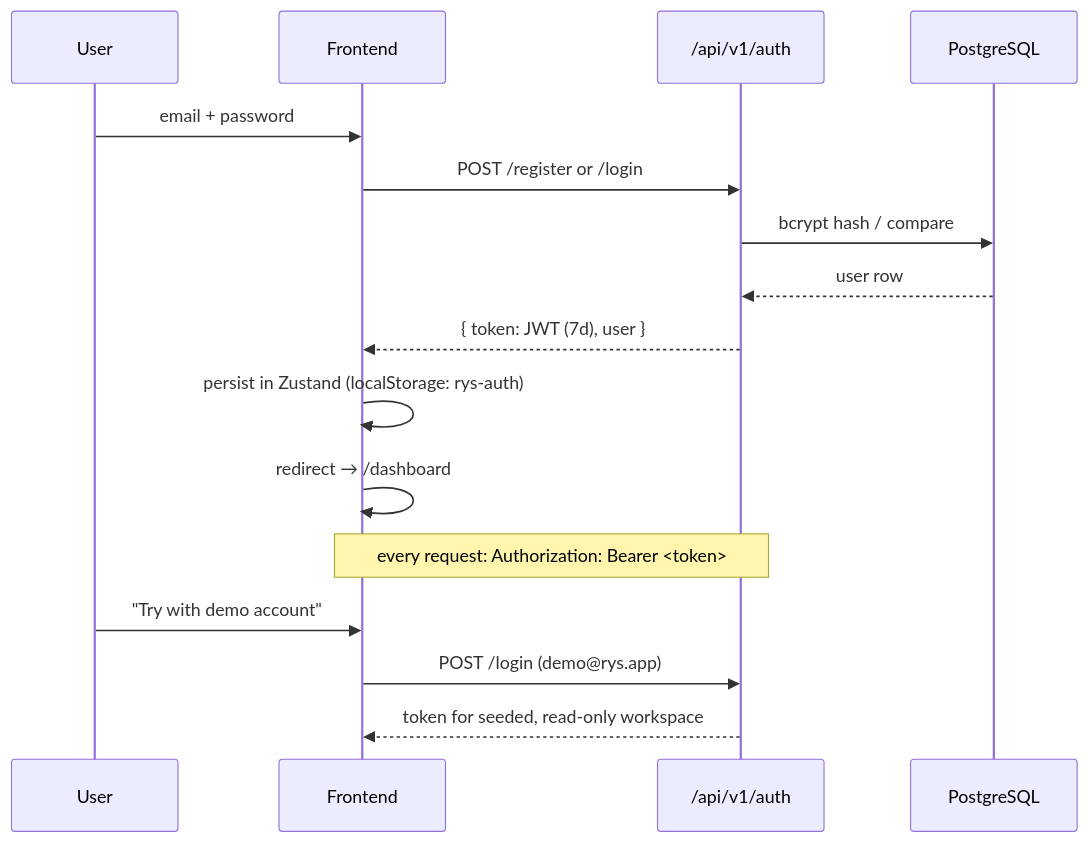
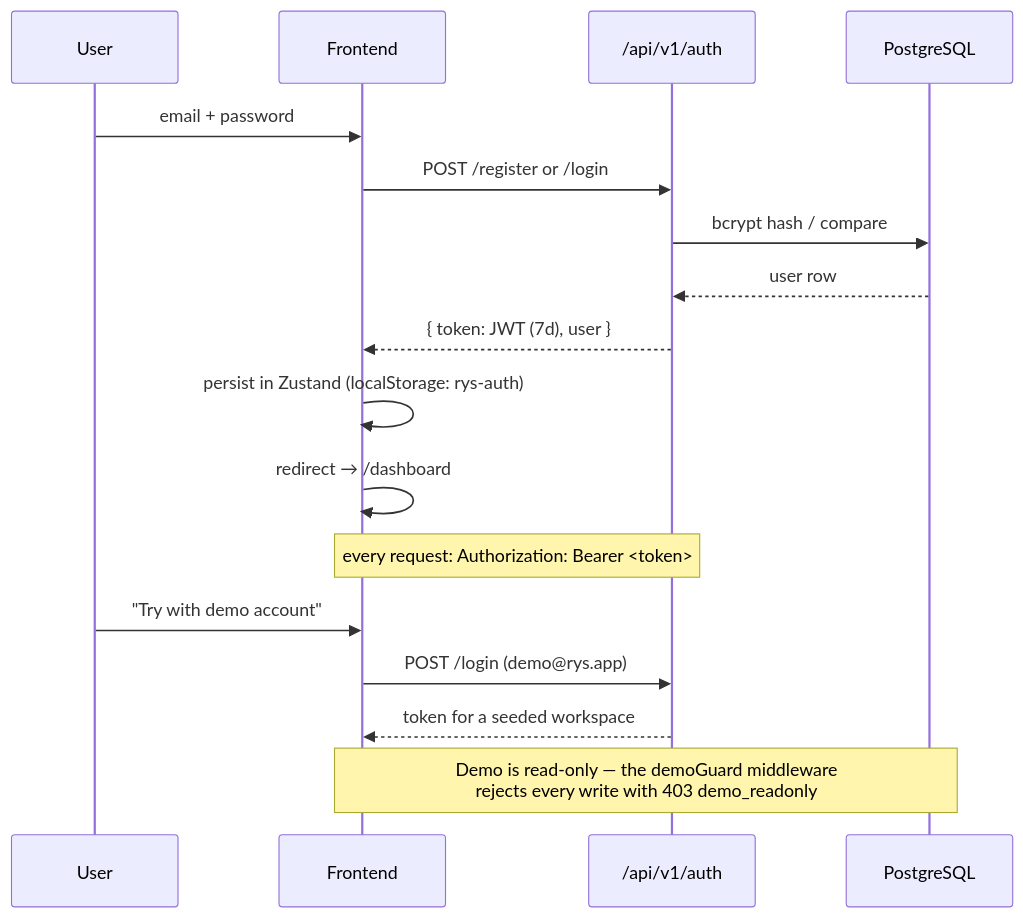
Before and after one commit to me-adityaraj8/career-os: the fourth of 8 diagrams in README.md, drawn with Mermaid. The commit also changed other lines of this file, not shown here.

Commit message:
Correct README inaccuracies in auth diagram, ER cardinality, and endpoint count

````diff
--- a/README.md
+++ b/README.md
@@ -335,21 +335,22 @@
 ```mermaid
 sequenceDiagram
     participant U as User
     participant F as Frontend
     participant A as /api/v1/auth
     participant DB as PostgreSQL
 
     U->>F: email + password
     F->>A: POST /register or /login
     A->>DB: bcrypt hash / compare
     DB-->>A: user row
     A-->>F: { token: JWT (7d), user }
     F->>F: persist in Zustand (localStorage: rys-auth)
     F->>F: redirect → /dashboard
 
     Note over F,A: every request: Authorization: Bearer <token>
 
     U->>F: "Try with demo account"
     F->>A: POST /login (demo@rys.app)
-    A-->>F: token for seeded, read-only workspace
+    A-->>F: token for a seeded workspace
+    Note over F,DB: Demo is read-only — the demoGuard middleware<br/>rejects every write with 403 demo_readonly
 ```
````
